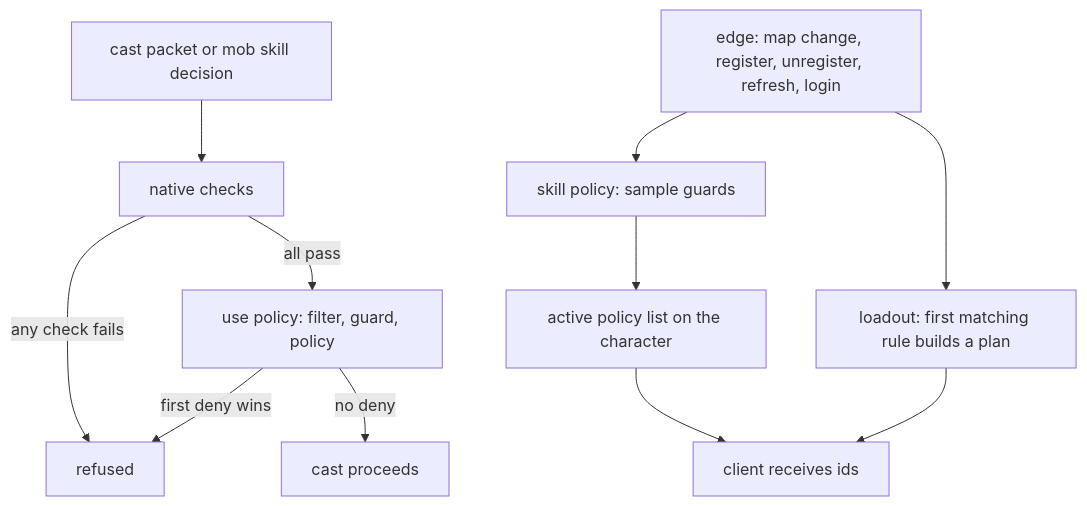
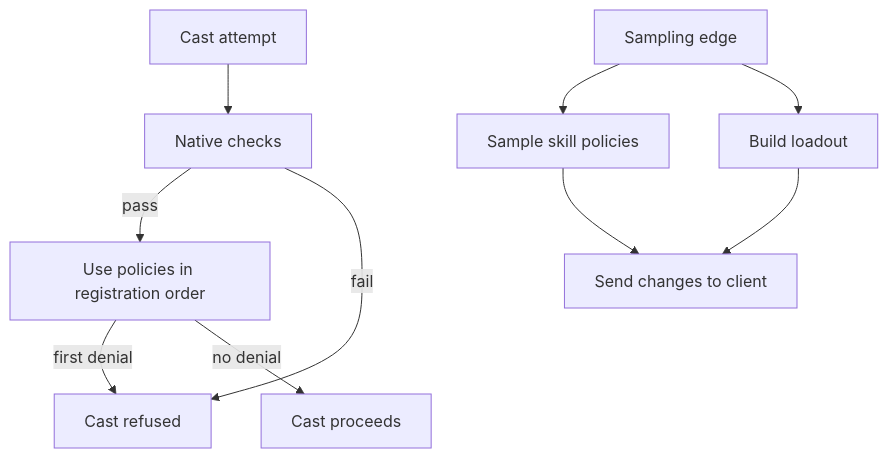
Before and after one commit to universal-core/website: the diagram in foundations/skills/policies.md, drawn with Mermaid. The commit also changed other lines of this file and 163 other files, not shown here.

````diff
--- a/foundations/skills/policies.md
+++ b/foundations/skills/policies.md
@@ -17,13 +16,12 @@
 ```mermaid
 flowchart TD
-    CAST["cast packet or mob skill decision"] --> NAT["native checks"]
-    NAT -->|"any check fails"| NO["refused"]
-    NAT -->|"all pass"| USE["use policy: filter, guard, policy"]
-    USE -->|"first deny wins"| NO
-    USE -->|"no deny"| OK["cast proceeds"]
-    EDGE["edge: map change, register, unregister, refresh, login"] --> SP["skill policy: sample guards"]
-    EDGE --> LO["loadout: first matching rule builds a plan"]
-    SP --> CACHE["active policy list on the character"]
-    CACHE --> CL["client receives ids"]
-    LO --> CL
+    CAST["Cast attempt"] --> CHECK["Native checks"]
+    CHECK -->|"pass"| USE["Use policies in registration order"]
+    CHECK -->|"fail"| DENY["Cast refused"]
+    USE -->|"first denial"| DENY
+    USE -->|"no denial"| PROCEED["Cast proceeds"]
+    EDGE["Sampling edge"] --> VARIANT["Sample skill policies"]
+    EDGE --> LOADOUT["Build loadout"]
+    VARIANT --> CLIENT["Send changes to client"]
+    LOADOUT --> CLIENT
 ```
````
